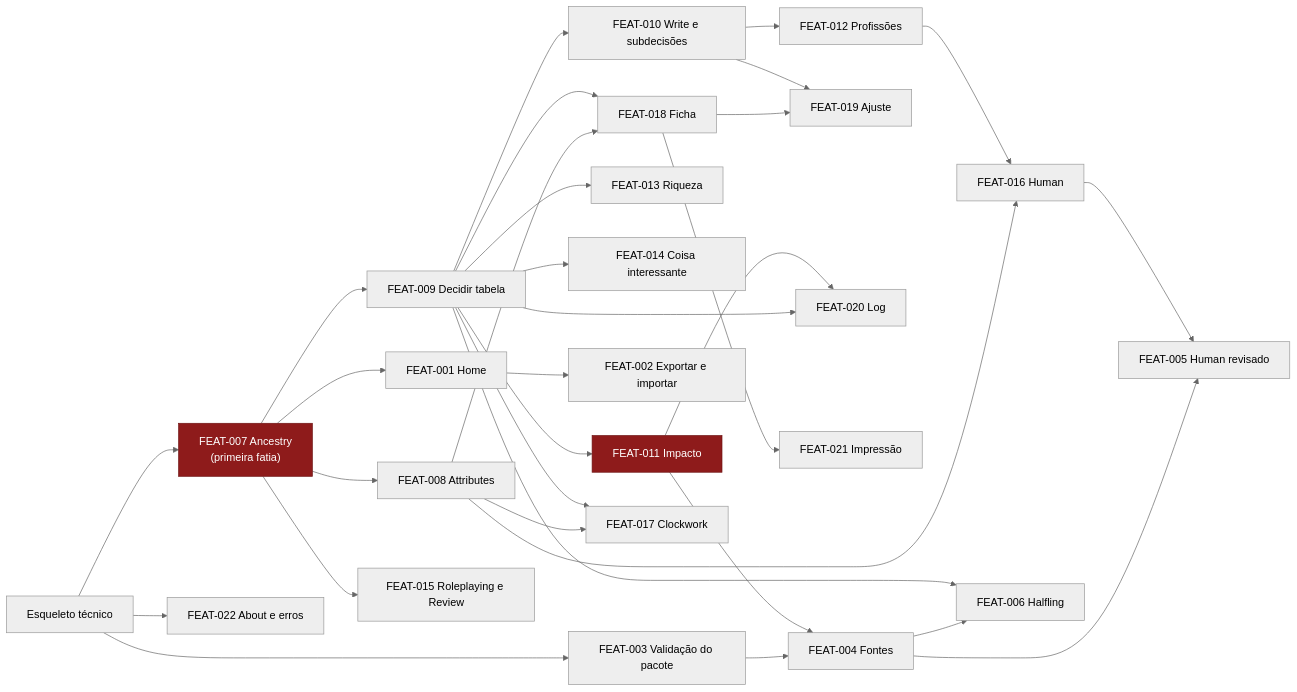
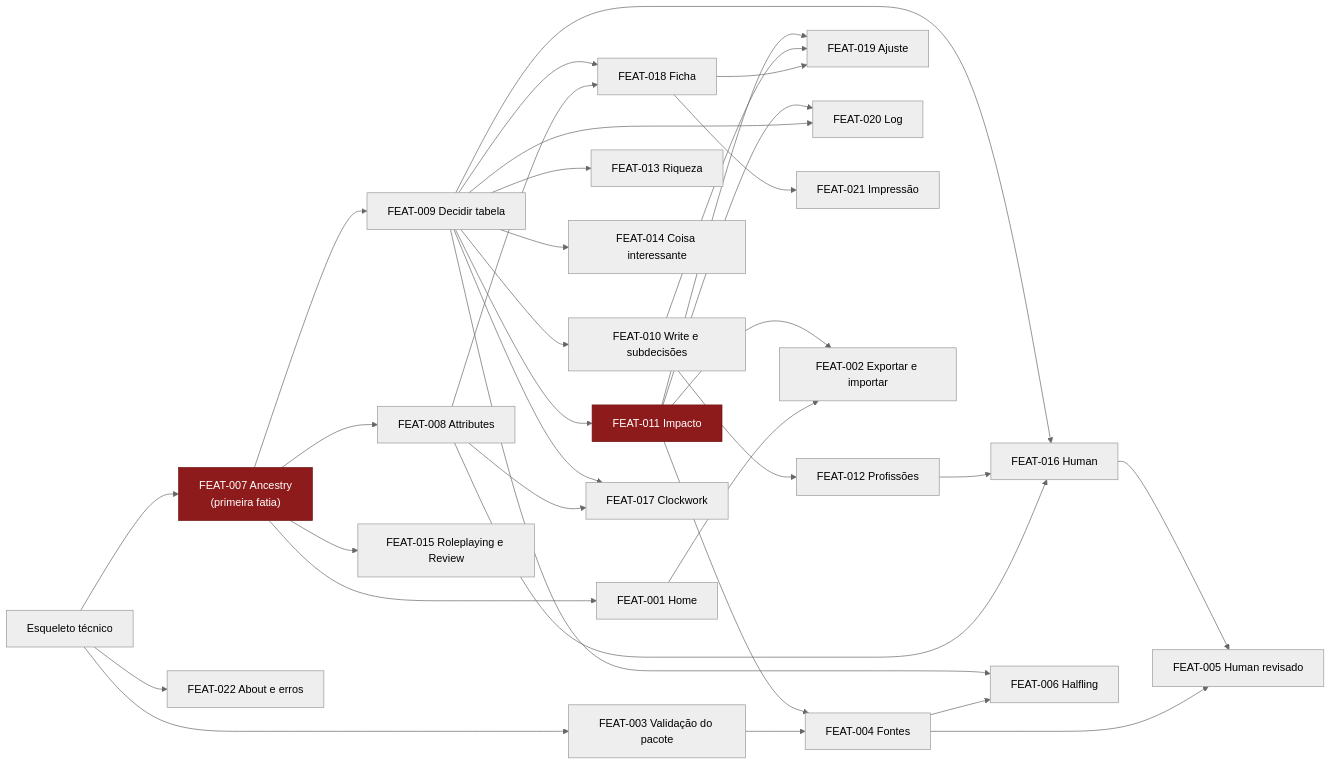
The diagram in docs/implementation-plan.md (AntonioVCruz/sotdl-character-generator), drawn with Mermaid (neutral theme) before and after one commit. The commit also changed other lines of this file, not shown here.

````diff
--- a/docs/implementation-plan.md
+++ b/docs/implementation-plan.md
@@ -120,60 +121,63 @@
 ```mermaid
 graph LR
     ws["Esqueleto técnico"]
     f7["FEAT-007 Ancestry<br/>(primeira fatia)"]
     f8["FEAT-008 Attributes"]
     f1["FEAT-001 Home"]
     f9["FEAT-009 Decidir tabela"]
     f11["FEAT-011 Impacto"]
     f10["FEAT-010 Write e subdecisões"]
     f12["FEAT-012 Profissões"]
     f13["FEAT-013 Riqueza"]
     f14["FEAT-014 Coisa interessante"]
     f15["FEAT-015 Roleplaying e Review"]
     f18["FEAT-018 Ficha"]
     f19["FEAT-019 Ajuste"]
     f20["FEAT-020 Log"]
     f21["FEAT-021 Impressão"]
     f22["FEAT-022 About e erros"]
     f2["FEAT-002 Exportar e importar"]
     f3["FEAT-003 Validação do pacote"]
     f4["FEAT-004 Fontes"]
     f16["FEAT-016 Human"]
     f17["FEAT-017 Clockwork"]
     f5["FEAT-005 Human revisado"]
     f6["FEAT-006 Halfling"]
 
     ws --> f7
     ws --> f22
     f7 --> f8
     f7 --> f1
     f7 --> f9
     f9 --> f11
     f9 --> f10
     f10 --> f12
     f9 --> f13
     f9 --> f14
     f7 --> f15
     f8 --> f18
     f9 --> f18
     f18 --> f19
     f10 --> f19
     f9 --> f20
     f11 --> f20
     f18 --> f21
     f1 --> f2
     ws --> f3
     f3 --> f4
     f11 --> f4
     f8 --> f16
     f12 --> f16
     f8 --> f17
     f9 --> f17
+    f9 --> f16
+    f11 --> f19
+    f11 --> f2
     f4 --> f5
     f16 --> f5
     f4 --> f6
     f9 --> f6
 
     classDef risk fill:#8E1B1B,stroke:#6F1414,color:#fff
     class f7,f11 risk
 ```
````
